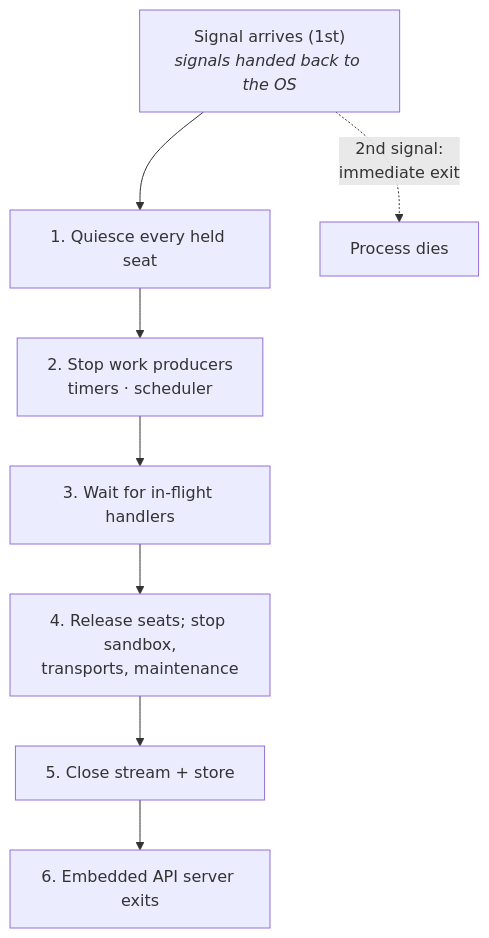
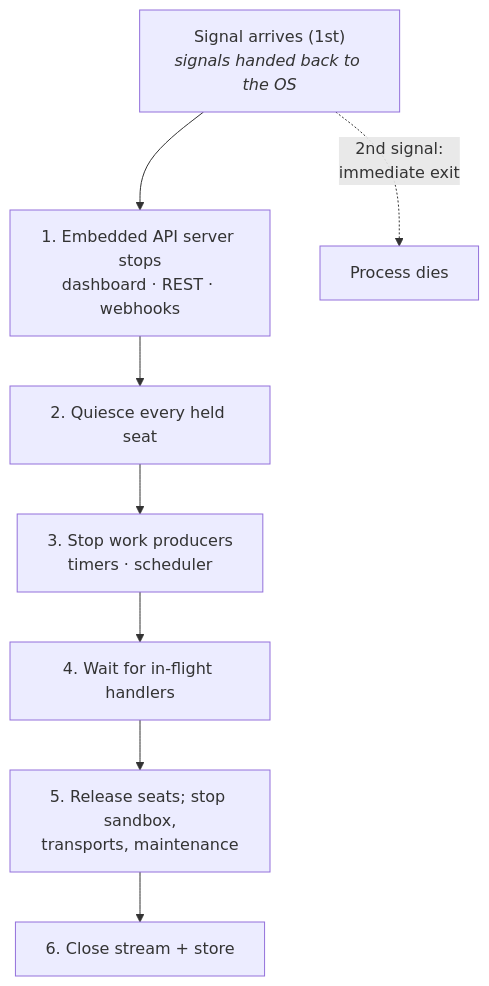
Before and after one commit to crewlet/crewlet: the fourth of 4 diagrams in docs/concepts/agent-runtime.md, drawn with Mermaid. The commit also changed other lines of this file and 1 other file, not shown here.

````diff
--- a/docs/concepts/agent-runtime.md
+++ b/docs/concepts/agent-runtime.md
@@ -234,11 +236,11 @@
 ```mermaid
 flowchart TD
-    SIG["Signal arrives (1st)<br/><i>signals handed back to the OS</i>"] --> S1
-    S1["1. Quiesce every held seat"] --> S2
-    S2["2. Stop work producers<br/>timers · scheduler"] --> S3
-    S3["3. Wait for in-flight handlers"] --> S4
-    S4["4. Release seats; stop sandbox,<br/>transports, maintenance"] --> S5
-    S5["5. Close stream + store"] --> S6
-    S6["6. Embedded API server exits"]
+    SIG["Signal arrives (1st)<br/><i>signals handed back to the OS</i>"] --> S0
+    S0["1. Embedded API server stops<br/>dashboard · REST · webhooks"] --> S1
+    S1["2. Quiesce every held seat"] --> S2
+    S2["3. Stop work producers<br/>timers · scheduler"] --> S3
+    S3["4. Wait for in-flight handlers"] --> S4
+    S4["5. Release seats; stop sandbox,<br/>transports, maintenance"] --> S5
+    S5["6. Close stream + store"]
     SIG -.->|"2nd signal:<br/>immediate exit"| X["Process dies"]
 ```
````
